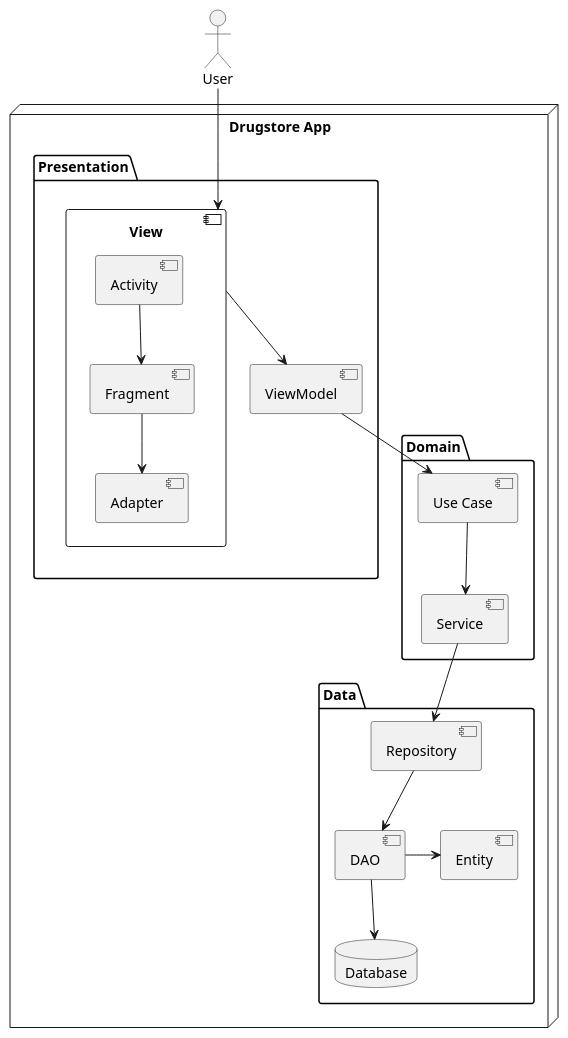
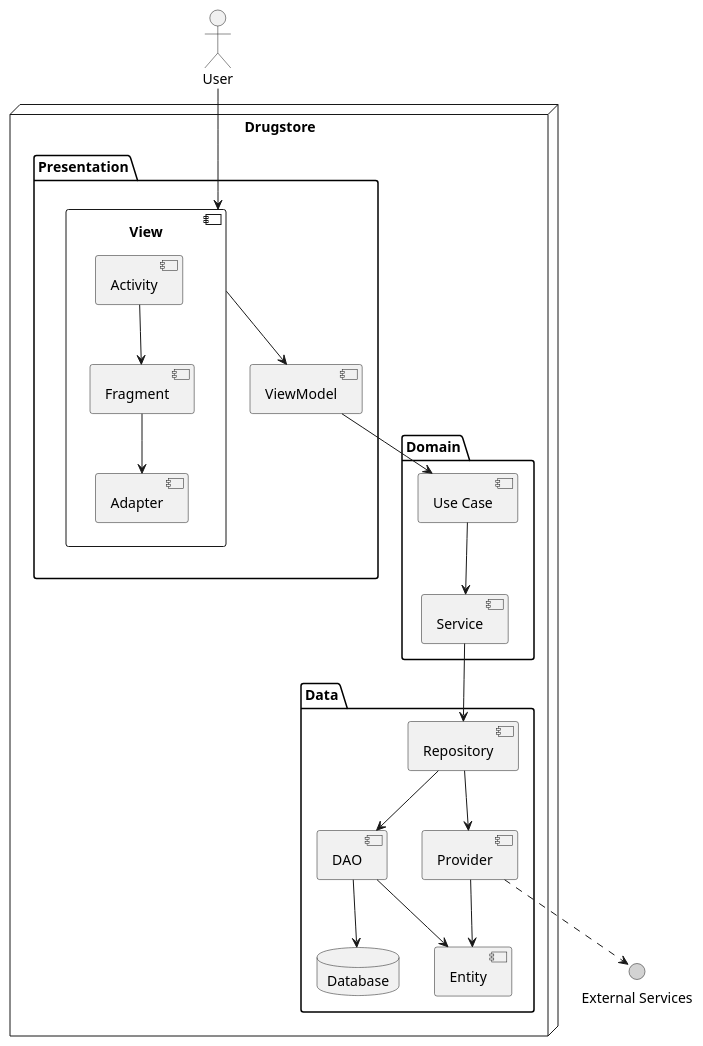
One commit to lucahost/drugstore changed the diagram in docs/building-blocks/building-blocks-2.plantuml. Above: the diagram before and after it, drawn with PlantUML. The commit also changed 3 other files, not shown here.

```diff
--- a/docs/building-blocks/building-blocks-2.plantuml
+++ b/docs/building-blocks/building-blocks-2.plantuml
@@ -1,39 +1,45 @@
 @startuml class-diagram
 
 actor "User" as user
 
-node "Drugstore App" {
+interface "External Services" as e #lightgrey
+
+node "Drugstore" {
     package Presentation {
       component View {
         component Activity
         component Fragment
         component Adapter
       }
       component ViewModel
       Activity -down-> Fragment
       Fragment  -down-> Adapter
       View  -down-> ViewModel
     }
 
     package Domain {
       component "Use Case" as uc
       component Service
       uc -down-> Service
     }
 
     package Data {
       component Repository
       component Entity
       component DAO
+      component Provider
       database Database
+      Repository --> Provider
       Repository --> DAO
       DAO -down-> Database
-      DAO -right-> Entity
+      DAO --> Entity
+      Provider --> Entity
     }
 }
 
 user -down-> View
 ViewModel -down-> uc
 Service -down-> Repository
+Provider .down.> e
 
 @enduml
```
